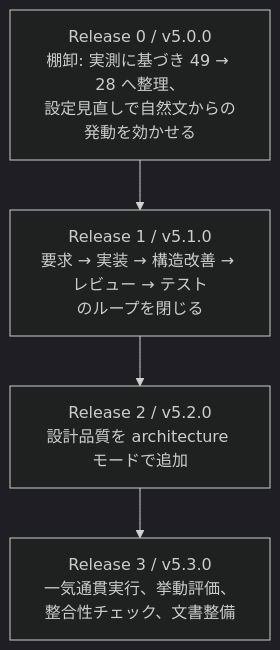
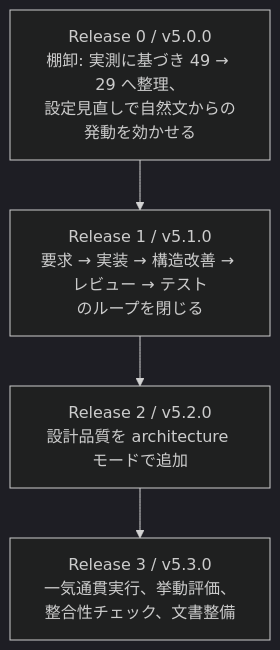
The diagram in issues/ndf-development-skills/06-release-plan.md (devbasex/ai-plugins), drawn with Mermaid (dark theme) before and after one commit. The commit also changed other lines of this file and 7 other files, not shown here.

````diff
--- a/issues/ndf-development-skills/06-release-plan.md
+++ b/issues/ndf-development-skills/06-release-plan.md
@@ -9,8 +9,8 @@
 ```mermaid
 flowchart TD
-    R0["Release 0 / v5.0.0<br/>棚卸: 実測に基づき 49 → 28 へ整理、<br/>設定見直しで自然文からの発動を効かせる"]
+    R0["Release 0 / v5.0.0<br/>棚卸: 実測に基づき 49 → 29 へ整理、<br/>設定見直しで自然文からの発動を効かせる"]
     R1["Release 1 / v5.1.0<br/>要求 → 実装 → 構造改善 → レビュー → テスト<br/>のループを閉じる"]
     R2["Release 2 / v5.2.0<br/>設計品質を architecture モードで追加"]
     R3["Release 3 / v5.3.0<br/>一気通貫実行、挙動評価、整合性チェック、文書整備"]
     R0 --> R1 --> R2 --> R3
 ```
````
